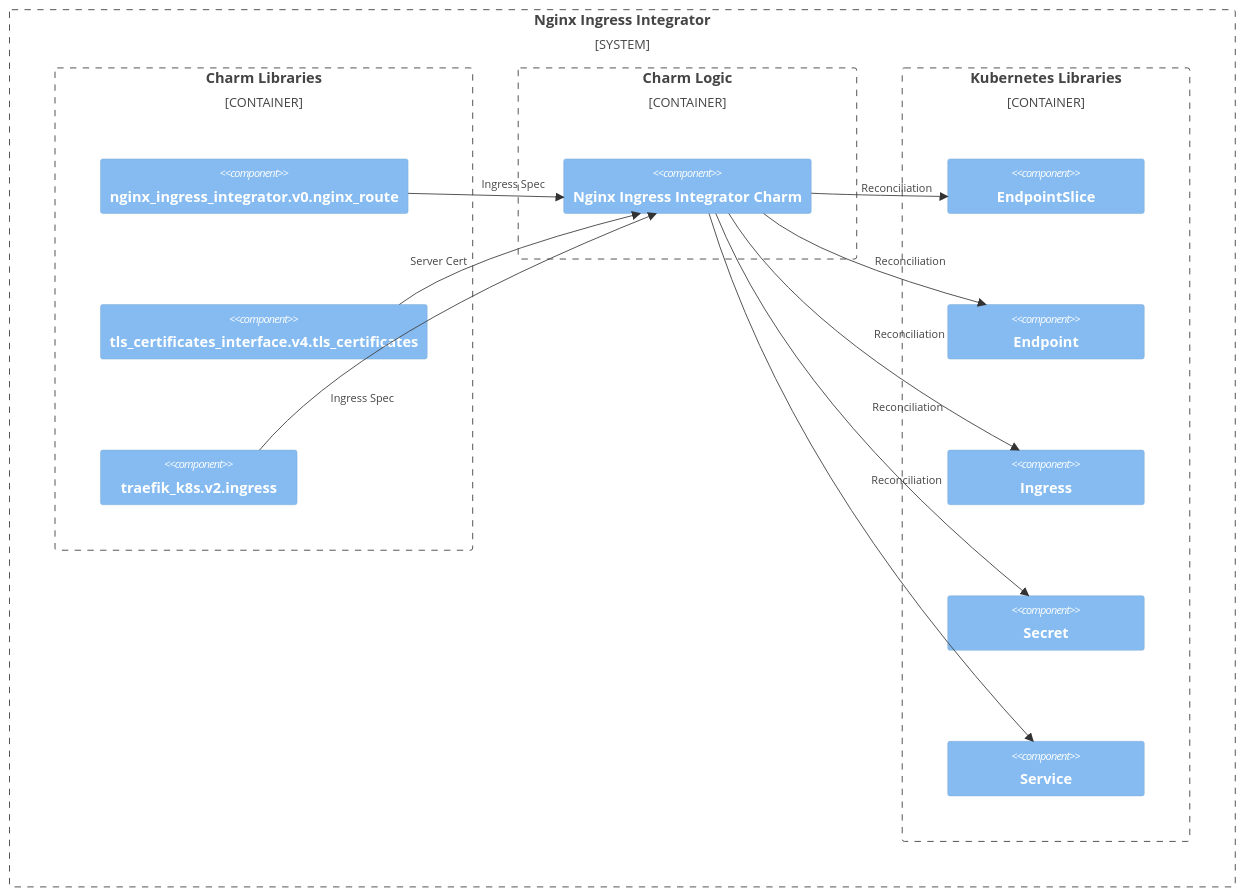
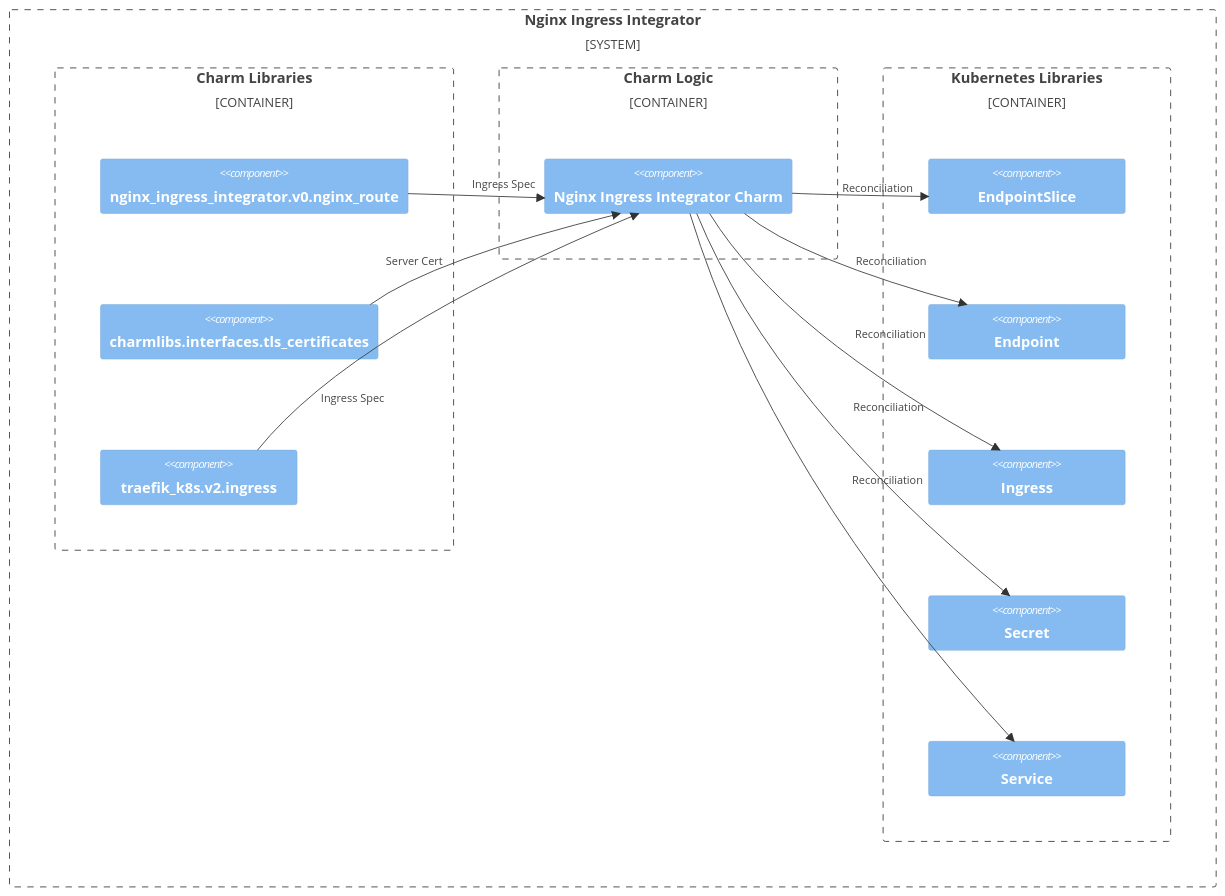
The diagram in docs/reference/architecture.md (canonical/nginx-ingress-integrator-operator), drawn with Mermaid before and after one commit. The commit also changed 6 other files, not shown here.

Commit message:
feat: migrate Charmhub-hosted tls_certificates lib -> PyPI (chamlibs) (#297)

````diff
--- a/docs/reference/architecture.md
+++ b/docs/reference/architecture.md
@@ -109,38 +109,38 @@
 ```mermaid
 C4Context
     System_Boundary(nginx-ingress-integrator, "Nginx Ingress Integrator") {
         Container_Boundary(charm-lib, "Charm Libraries") {
             Component(nginx-route-lib, "nginx_ingress_integrator.v0.nginx_route")
-            Component(tls-certificates-lib, "tls_certificates_interface.v4.tls_certificates")
+            Component(tls-certificates-lib, "charmlibs.interfaces.tls_certificates")
             Component(ingress-lib, "traefik_k8s.v2.ingress")
         }
         
         Container_Boundary(charm, "Charm Logic") {
             Component(nginx-ingress-integrator-charm, "Nginx Ingress Integrator Charm")
         }
         
         Container_Boundary(kubernetes-lib, "Kubernetes Libraries") {
             Component(endpoint-slice, "EndpointSlice")
             Component(endpoint, "Endpoint")
             Component(ingress, "Ingress")
             Component(secret, "Secret")
             Component(service, "Service")
         }
         
         Rel(nginx-route-lib, nginx-ingress-integrator-charm, "Ingress Spec")
         Rel(tls-certificates-lib, nginx-ingress-integrator-charm, "Server Cert")
         Rel(ingress-lib, nginx-ingress-integrator-charm, "Ingress Spec")
         Rel(nginx-ingress-integrator-charm, endpoint-slice, "Reconciliation")
         Rel(nginx-ingress-integrator-charm, endpoint, "Reconciliation")
         Rel(nginx-ingress-integrator-charm, ingress, "Reconciliation")
         Rel(nginx-ingress-integrator-charm, secret, "Reconciliation")
         Rel(nginx-ingress-integrator-charm, service, "Reconciliation")
 
         UpdateLayoutConfig($c4ShapeInRow="1", $c4BoundaryInRow="4")
         
         UpdateRelStyle(nginx-route-lib, nginx-ingress-integrator-charm , $offsetY="-15", $offsetX="-5")
         UpdateRelStyle(tls-certificates-lib, nginx-ingress-integrator-charm, $offsetY="0", $offsetX="-120")
         UpdateRelStyle(ingress-lib, nginx-ingress-integrator-charm, $offsetY="70", $offsetX="-140")
         UpdateRelStyle(nginx-ingress-integrator-charm, endpoint-slice, $offsetY="-10", $offsetX="-20")
     }
 ```
````
